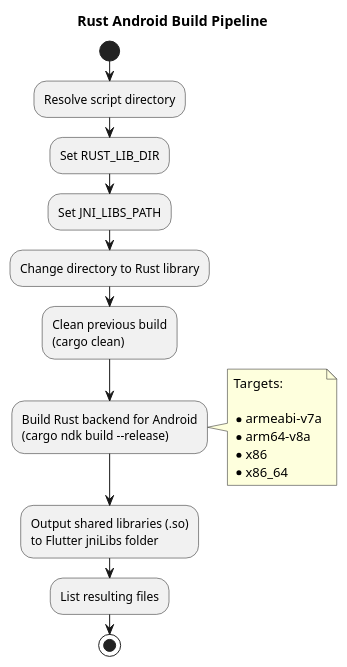
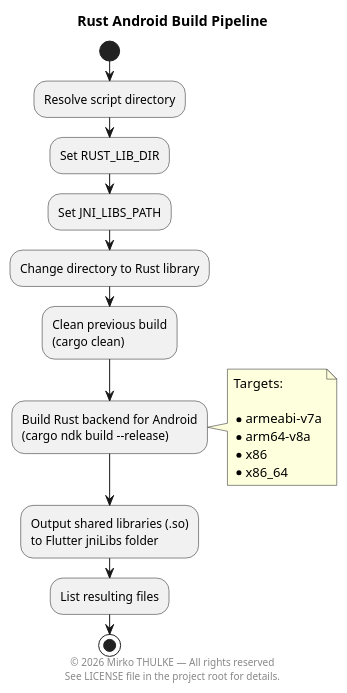
The diagram in scripts/build_rust.sh.puml (MirkoThulke/Dart_Flutter_Sudoku), drawn with PlantUML before and after one commit. The commit also changed 94 other files, not shown here.

Commit message:
Doc: PlantUml update

```diff
--- a/scripts/build_rust.sh.puml
+++ b/scripts/build_rust.sh.puml
@@ -1,33 +1,38 @@
 @startuml
 title Rust Android Build Pipeline
+
+footer
+© 2026 Mirko THULKE — All rights reserved
+See LICENSE file in the project root for details.
+end footer
 
 start
 
 :Resolve script directory;
 :Set RUST_LIB_DIR;
 :Set JNI_LIBS_PATH;
 
 :Change directory to Rust library;
 
 :Clean previous build
 (cargo clean);
 
 :Build Rust backend for Android
 (cargo ndk build --release);
 
 note right
 Targets:
 
 * armeabi-v7a
 * arm64-v8a
 * x86
 * x86_64
 end note
 
 :Output shared libraries (.so)
 to Flutter jniLibs folder;
 
 :List resulting files;
 
 stop
 @enduml
```
